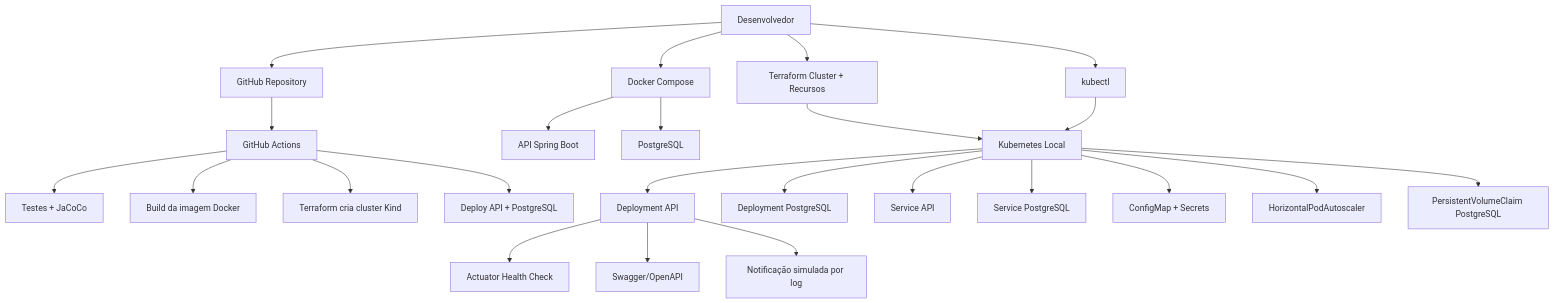
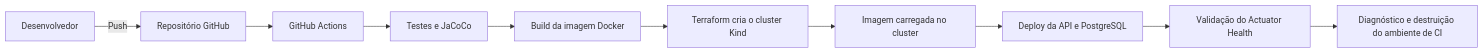
One commit to Mateusborg98/Mecanica changed the third of 3 diagrams in README.md. Above: the diagram before and after it, drawn with Mermaid. The commit also changed other lines of this file, not shown here.

````diff
--- a/README.md
+++ b/README.md
@@ -517,33 +128,12 @@
 ```mermaid
-flowchart TD
-    DEV["Desenvolvedor"] --> GIT["GitHub Repository"]
-
-    GIT --> ACTIONS["GitHub Actions"]
-
-    ACTIONS --> TESTS["Testes + JaCoCo"]
-    ACTIONS --> DOCKER_BUILD["Build da imagem Docker"]
-    ACTIONS --> TF_CLUSTER["Terraform cria cluster Kind"]
-    ACTIONS --> K8S_CI["Deploy API + PostgreSQL"]
-
-    DEV --> DOCKER["Docker Compose"]
-    DOCKER --> API_LOCAL["API Spring Boot"]
-    DOCKER --> DB_LOCAL["PostgreSQL"]
-
-    DEV --> TERRAFORM["Terraform Cluster + Recursos"]
-    TERRAFORM --> K8S["Kubernetes Local"]
-
-    DEV --> KUBECTL["kubectl"]
-    KUBECTL --> K8S
-
-    K8S --> API_DEPLOY["Deployment API"]
-    K8S --> DB_DEPLOY["Deployment PostgreSQL"]
-    K8S --> SVC_API["Service API"]
-    K8S --> SVC_DB["Service PostgreSQL"]
-    K8S --> CONFIG["ConfigMap + Secrets"]
-    K8S --> HPA["HorizontalPodAutoscaler"]
-    K8S --> PVC["PersistentVolumeClaim PostgreSQL"]
-
-    API_DEPLOY --> ACTUATOR["Actuator Health Check"]
-    API_DEPLOY --> SWAGGER["Swagger/OpenAPI"]
-    API_DEPLOY --> LOG_EMAIL["Notificação simulada por log"]
+flowchart LR
+    DEV["Desenvolvedor"] -->|"Push"| GITHUB["Repositório GitHub"]
+    GITHUB --> ACTIONS["GitHub Actions"]
+    ACTIONS --> TESTS["Testes e JaCoCo"]
+    TESTS --> IMAGE["Build da imagem Docker"]
+    IMAGE --> TERRAFORM["Terraform cria o cluster Kind"]
+    TERRAFORM --> LOAD["Imagem carregada no cluster"]
+    LOAD --> DEPLOY["Deploy da API e PostgreSQL"]
+    DEPLOY --> HEALTH["Validação do Actuator Health"]
+    HEALTH --> CLEANUP["Diagnóstico e destruição do ambiente de CI"]
 ```
````
